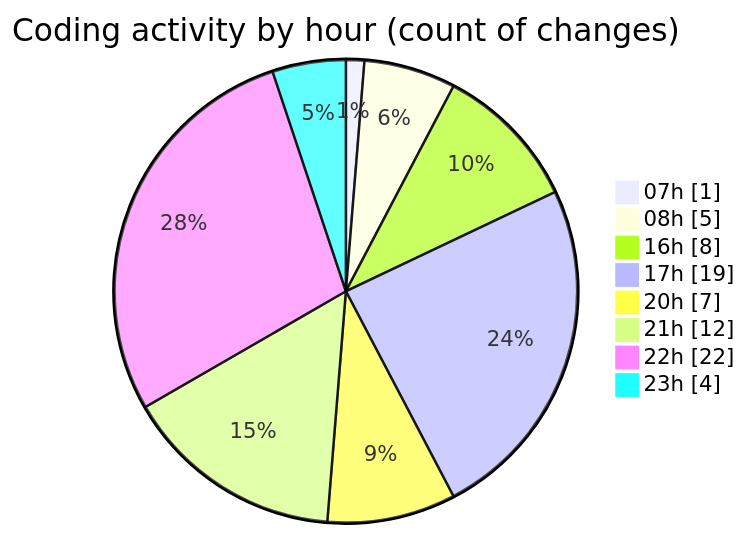
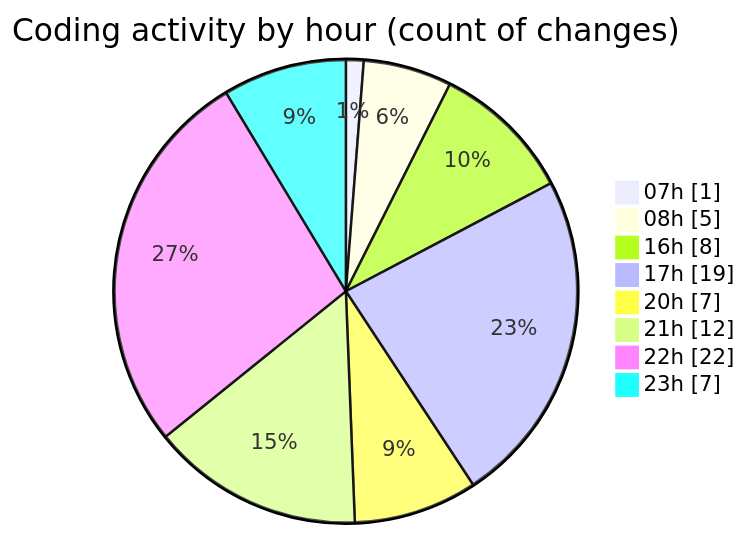
One commit to Elitesun/code-tracking changed the second of 2 diagrams in 2025-02-13/elitegpt/README.md. Above: the diagram before and after it, drawn with Mermaid. The commit also changed other lines of this file and 1 other file, not shown here.

````diff
--- a/2025-02-13/elitegpt/README.md
+++ b/2025-02-13/elitegpt/README.md
@@ -40,12 +41,12 @@
 ```mermaid
 pie showData
 title Coding activity by hour (count of changes)
 "07h" : 1
 "08h" : 5
 "16h" : 8
 "17h" : 19
 "20h" : 7
 "21h" : 12
 "22h" : 22
-"23h" : 4
+"23h" : 7
 ```
````
